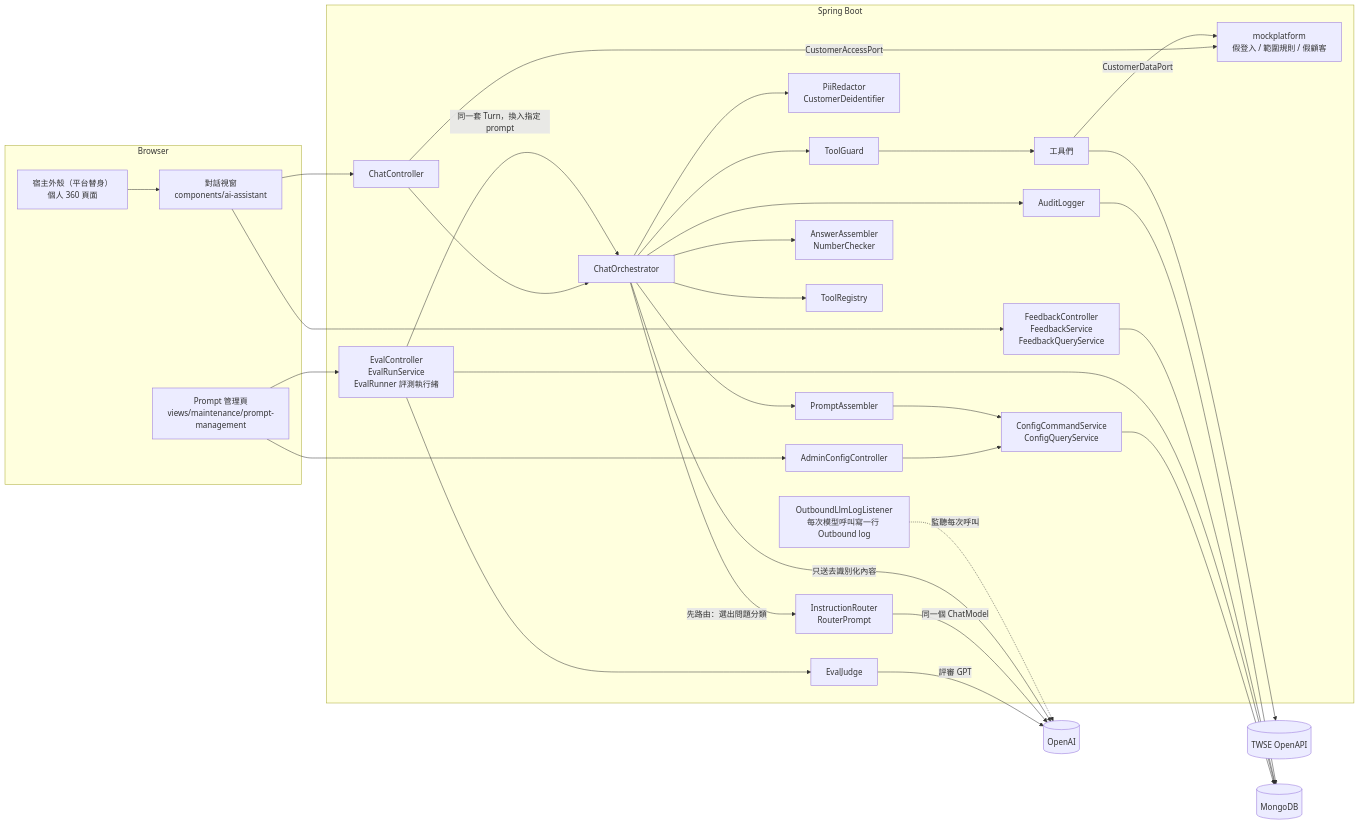
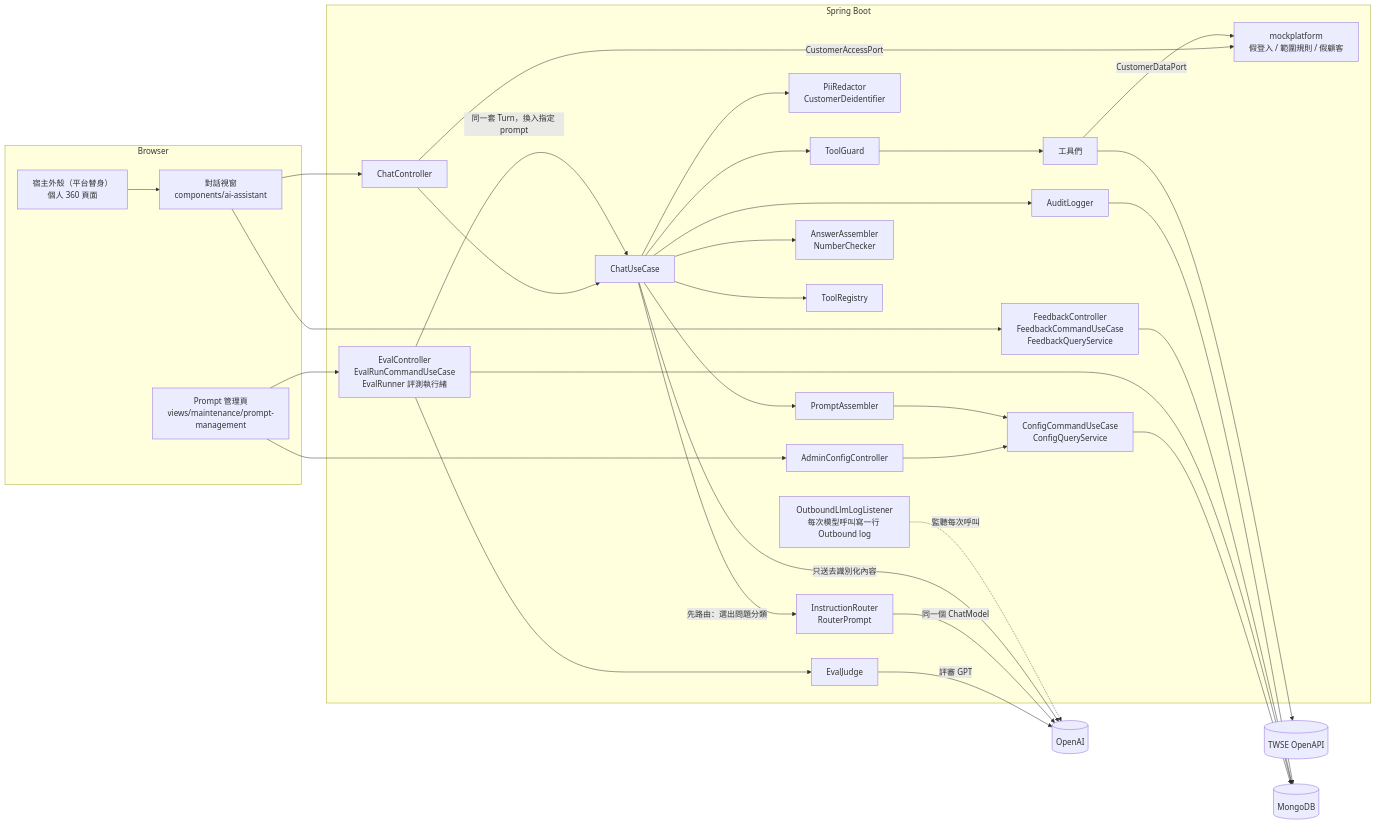
The second of 11 diagrams in docs/spec/01-architecture.md (Rue1216/assistant-poc), drawn with Mermaid before and after one commit. The commit also changed other lines of this file and 24 other files, not shown here.

Commit message:
refactor(interfaces): no try-catch or access checks in controllers; architecture rules and porting notes for §3-0

````diff
--- a/docs/spec/01-architecture.md
+++ b/docs/spec/01-architecture.md
@@ -49,50 +49,50 @@
 ```mermaid
 flowchart LR
   subgraph Browser
     H[宿主外殼（平台替身）<br/>個人 360 頁面]
     W[對話視窗<br/>components/ai-assistant]
     A[Prompt 管理頁<br/>views/maintenance/prompt-management]
   end
   subgraph Backend[Spring Boot]
     CC[ChatController]
     AC[AdminConfigController]
-    O[ChatOrchestrator]
+    O[ChatUseCase]
     RD[PiiRedactor<br/>CustomerDeidentifier]
     IR[InstructionRouter<br/>RouterPrompt]
     PA[PromptAssembler]
     AA[AnswerAssembler<br/>NumberChecker]
     TR[ToolRegistry]
     TG[ToolGuard]
     T[工具們]
-    CS[ConfigCommandService<br/>ConfigQueryService]
+    CS[ConfigCommandUseCase<br/>ConfigQueryService]
     AU[AuditLogger]
     LL[OutboundLlmLogListener<br/>每次模型呼叫寫一行 Outbound log]
-    FB[FeedbackController<br/>FeedbackService<br/>FeedbackQueryService]
-    EV[EvalController<br/>EvalRunService<br/>EvalRunner 評測執行緒]
+    FB[FeedbackController<br/>FeedbackCommandUseCase<br/>FeedbackQueryService]
+    EV[EvalController<br/>EvalRunCommandUseCase<br/>EvalRunner 評測執行緒]
     EJ[EvalJudge]
     MP[mockplatform<br/>假登入 / 範圍規則 / 假顧客]
   end
   GPT[(OpenAI)]
   TWSE[(TWSE OpenAPI)]
   DB[(MongoDB)]
 
   H --> W --> CC
   CC -->|CustomerAccessPort| MP
   CC --> O
   A --> AC --> CS --> DB
   A --> EV --> DB
   EV -->|同一套 Turn，換入指定 prompt| O
   EV --> EJ -->|評審 GPT| GPT
   W --> FB --> DB
   O --> RD
   O -->|先路由：選出問題分類| IR -->|同一個 ChatModel| GPT
   O --> PA --> CS
   O --> AA
   O --> TR
   O -->|只送去識別化內容| GPT
   O --> TG --> T
   T -->|CustomerDataPort| MP
   T --> TWSE
   O --> AU --> DB
   LL -.->|監聽每次呼叫| GPT
 ```
````
